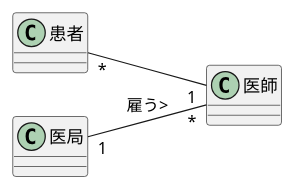
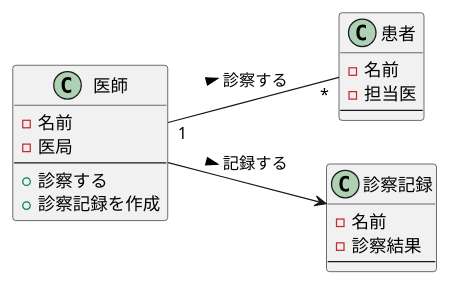
The diagram in 演習3-2_CL_医師と患者と医局と診療記録.pu (moppechan/uml_introduction), drawn with PlantUML before and after one commit. The commit also changed other lines of this file and 3 other files, not shown here.

```diff
--- a/演習3-2_CL_医師と患者と医局と診療記録.pu
+++ b/演習3-2_CL_医師と患者と医局と診療記録.pu
@@ -1,8 +1,23 @@
-@startuml クラス図
+@startuml 医師と患者と医局と診療記録
 left to right direction
-class 患者{}
-class 医師{}
-class 医局{}
-患者 "*"--"1" 医師
-医局 "1"--"*" 医師:雇う>
+class 医師{
+- 名前
+- 医局
+---
++ 診察する
++ 診察記録を作成
+}
+class 患者{
+- 名前
+- 担当医
+---
+}
+class 診察記録{
+- 名前
+- 診察結果
+---
+}
+医師"1"--"*"患者 :診察する >
+医師 --> 診察記録 :記録する >
+
 @enduml
```
